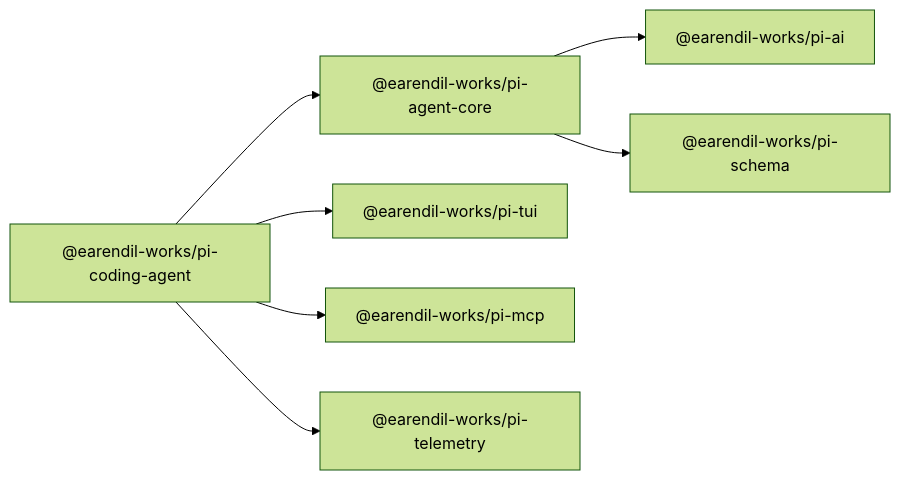
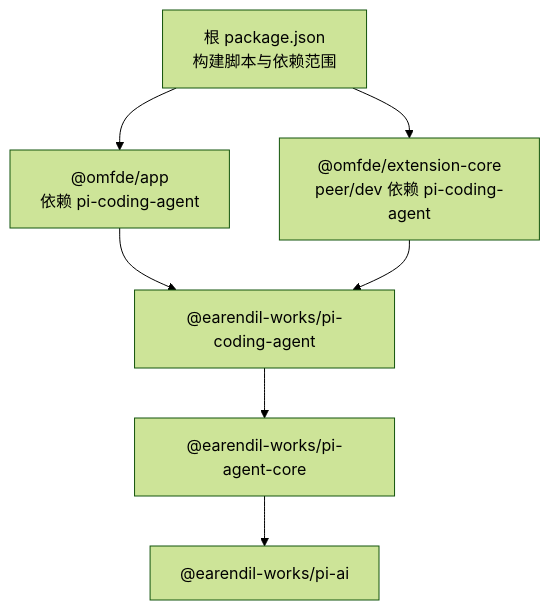
The seventh of 7 diagrams in .qoder/repowiki/zh/content/项目概述/项目介绍.md (FDE-GROUP/oh-my-coding-agent), drawn with Mermaid (forest theme) before and after one commit. The commit also changed other lines of this file and 755 other files, not shown here.

````diff
--- a/.qoder/repowiki/zh/content/项目概述/项目介绍.md
+++ b/.qoder/repowiki/zh/content/项目概述/项目介绍.md
@@ -251,9 +221,9 @@
 ```mermaid
-graph LR
-CodingAgent["@earendil-works/pi-coding-agent"] --> AgentCore["@earendil-works/pi-agent-core"]
-CodingAgent --> TUI["@earendil-works/pi-tui"]
-CodingAgent --> MCP["@earendil-works/pi-mcp"]
-AgentCore --> AI["@earendil-works/pi-ai"]
-AgentCore --> Schema["@earendil-works/pi-schema"]
-CodingAgent --> Telemetry["@earendil-works/pi-telemetry"]
+graph TB
+Root["根 package.json<br/>构建脚本与依赖范围"] --> Apps["@omfde/app<br/>依赖 pi-coding-agent"]
+Root --> Ext["@omfde/extension-core<br/>peer/dev 依赖 pi-coding-agent"]
+Apps --> Coding["@earendil-works/pi-coding-agent"]
+Ext --> Coding
+Coding --> Agent["@earendil-works/pi-agent-core"]
+Agent --> AI["@earendil-works/pi-ai"]
 ```
````
